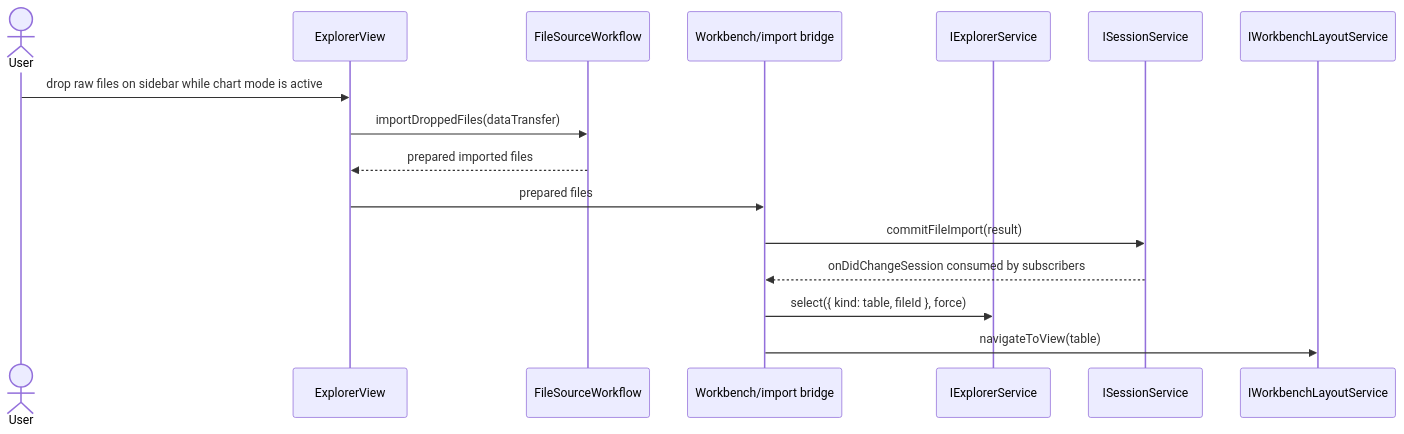
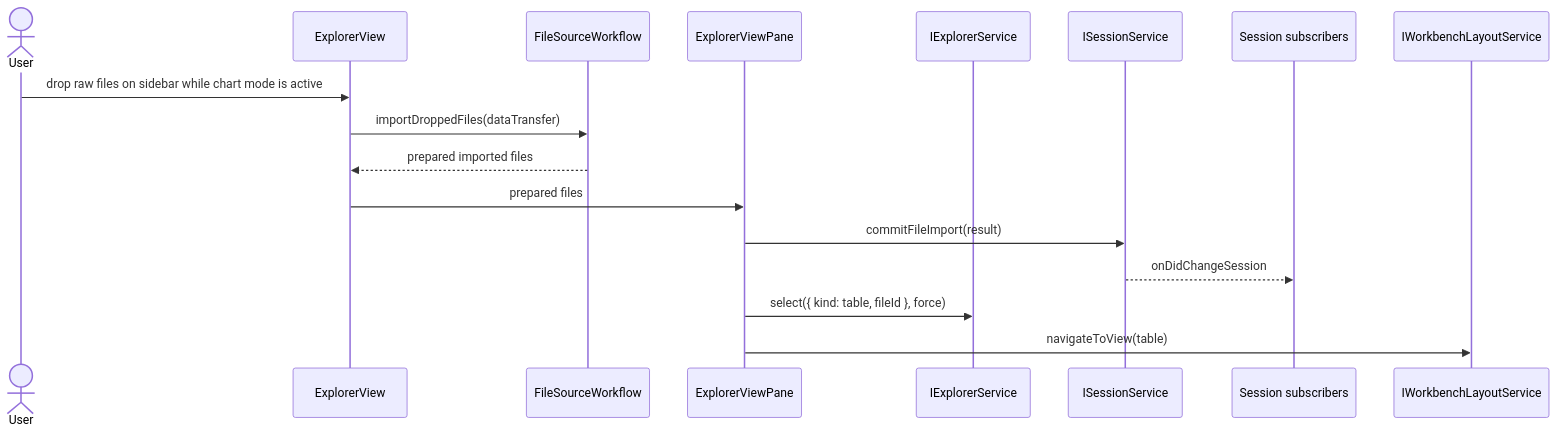
One commit to chogng/conductor changed the sixth of 8 diagrams in .github/instructions/files.instructions.md. Above: the diagram before and after it, drawn with Mermaid. The commit also changed other lines of this file and 82 other files, not shown here.

First line of the commit message:
refactor: consolidate workbench ownership for settings and view inputs

````diff
--- a/.github/instructions/files.instructions.md
+++ b/.github/instructions/files.instructions.md
@@ -400,19 +417,20 @@
 ```mermaid
 sequenceDiagram
     actor User
     participant ExplorerView
     participant SourceWorkflow as FileSourceWorkflow
-    participant ImportBridge as Workbench/import bridge
+    participant ExplorerPane as ExplorerViewPane
     participant ExplorerService as IExplorerService
     participant Session as ISessionService
+    participant Subscribers as Session subscribers
     participant Layout as IWorkbenchLayoutService
 
     User->>ExplorerView: drop raw files on sidebar while chart mode is active
     ExplorerView->>SourceWorkflow: importDroppedFiles(dataTransfer)
     SourceWorkflow-->>ExplorerView: prepared imported files
-    ExplorerView->>ImportBridge: prepared files
-    ImportBridge->>Session: commitFileImport(result)
-    Session-->>ImportBridge: onDidChangeSession consumed by subscribers
-    ImportBridge->>ExplorerService: select({ kind: table, fileId }, force)
-    ImportBridge->>Layout: navigateToView(table)
+    ExplorerView->>ExplorerPane: prepared files
+    ExplorerPane->>Session: commitFileImport(result)
+    Session-->>Subscribers: onDidChangeSession
+    ExplorerPane->>ExplorerService: select({ kind: table, fileId }, force)
+    ExplorerPane->>Layout: navigateToView(table)
 ```
````
